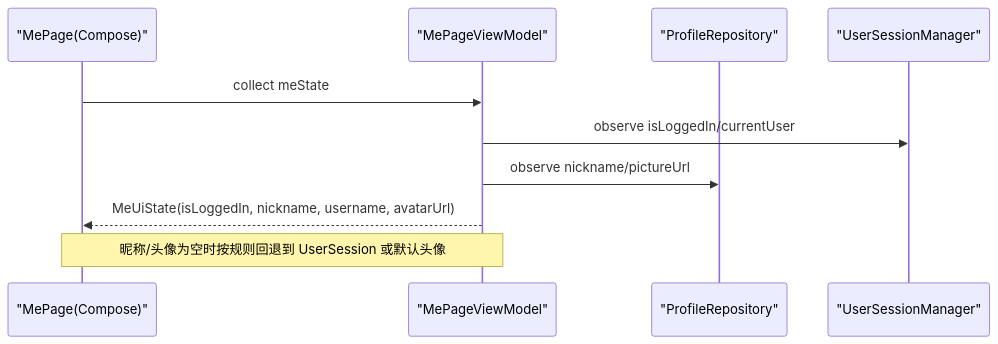
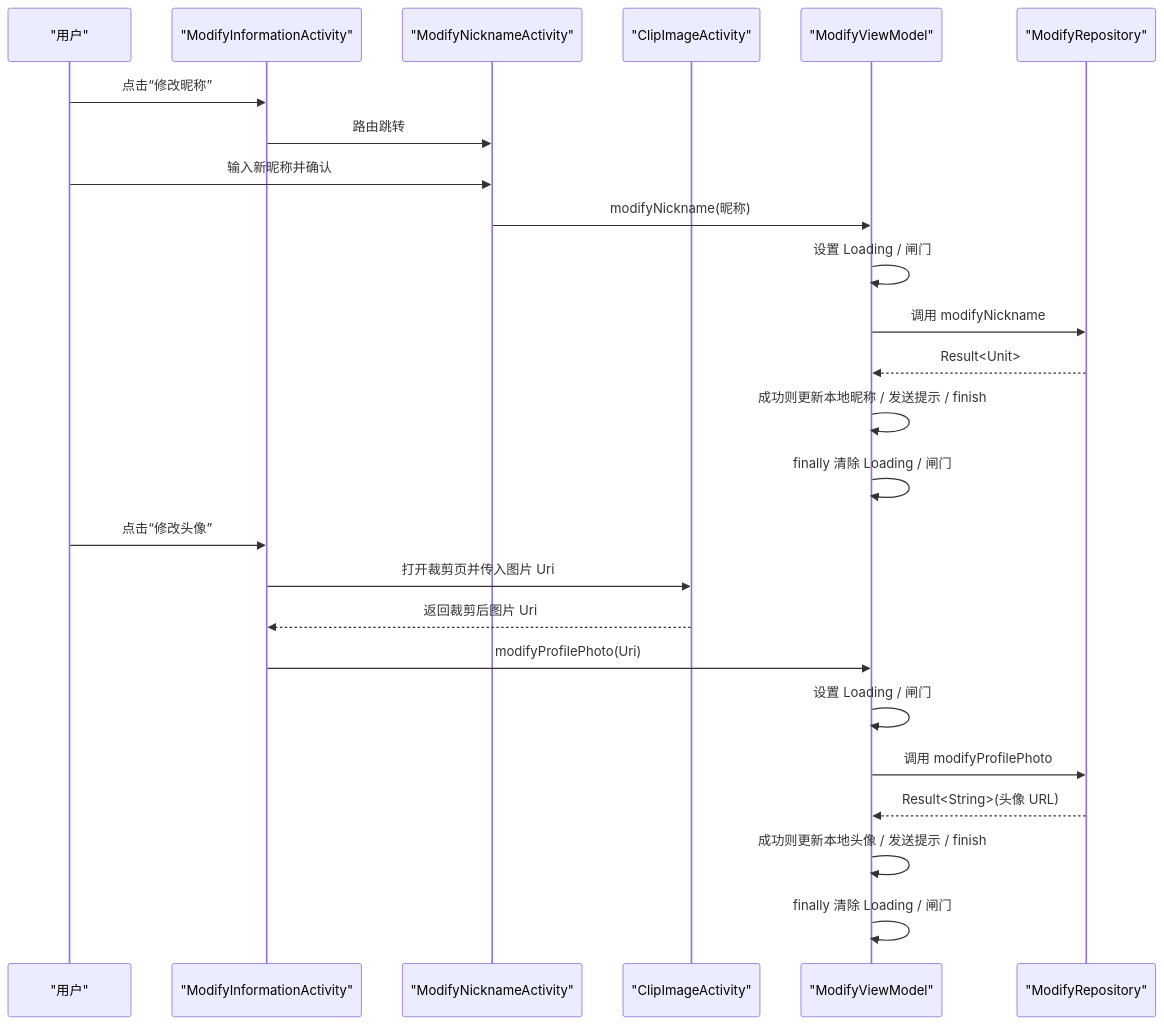
The second of 5 diagrams in .qoder/repowiki/zh/content/核心模块/个人中心模块 (module_me)/用户信息管理.md (xrn1997/android-ebook), drawn with Mermaid before and after one commit. The commit also changed other lines of this file and 456 other files, not shown here.

````diff
--- a/.qoder/repowiki/zh/content/核心模块/个人中心模块 (module_me)/用户信息管理.md
+++ b/.qoder/repowiki/zh/content/核心模块/个人中心模块 (module_me)/用户信息管理.md
@@ -99,12 +94,30 @@
 ```mermaid
 sequenceDiagram
-    participant UI as "MePage(Compose)"
-    participant VM as "MePageViewModel"
-    participant PR as "ProfileRepository"
-    participant USM as "UserSessionManager"
-    UI->>VM: collect meState
-    VM->>USM: observe isLoggedIn/currentUser
-    VM->>PR: observe nickname/pictureUrl
-    VM-->>UI: MeUiState(isLoggedIn, nickname, username, avatarUrl)
-    Note over UI,VM: 昵称/头像为空时按规则回退到 UserSession 或默认头像
+    participant User as "用户"
+    participant InfoAct as "ModifyInformationActivity"
+    participant NickAct as "ModifyNicknameActivity"
+    participant CropAct as "ClipImageActivity"
+    participant VM as "ModifyViewModel"
+    participant Repo as "ModifyRepository"
+
+    User->>InfoAct: 点击“修改昵称”
+    InfoAct->>NickAct: 路由跳转
+
+    User->>NickAct: 输入新昵称并确认
+    NickAct->>VM: modifyNickname(昵称)
+    VM->>VM: 设置 Loading / 闸门
+    VM->>Repo: 调用 modifyNickname
+    Repo-->>VM: Result<Unit>
+    VM->>VM: 成功则更新本地昵称 / 发送提示 / finish
+    VM->>VM: finally 清除 Loading / 闸门
+
+    User->>InfoAct: 点击“修改头像”
+    InfoAct->>CropAct: 打开裁剪页并传入图片 Uri
+    CropAct-->>InfoAct: 返回裁剪后图片 Uri
+    InfoAct->>VM: modifyProfilePhoto(Uri)
+    VM->>VM: 设置 Loading / 闸门
+    VM->>Repo: 调用 modifyProfilePhoto
+    Repo-->>VM: Result<String>(头像 URL)
+    VM->>VM: 成功则更新本地头像 / 发送提示 / finish
+    VM->>VM: finally 清除 Loading / 闸门
 ```
````
